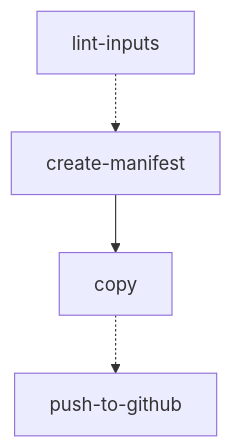
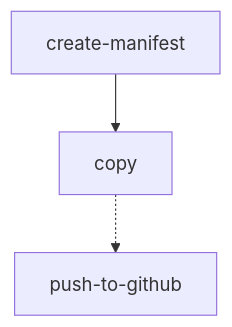
Before and after one commit to linz/topo-workflows: the second of 3 diagrams in workflows/raster/README.md, drawn with Mermaid. The commit also changed other lines of this file and 3 other files, not shown here.

````diff
--- a/workflows/raster/README.md
+++ b/workflows/raster/README.md
@@ -192,4 +192,4 @@
 ```mermaid
 graph TD;
-    lint-inputs-.->create-manifest-->copy-.->push-to-github;
+  create-manifest-->copy-.->push-to-github;
 ```
````
